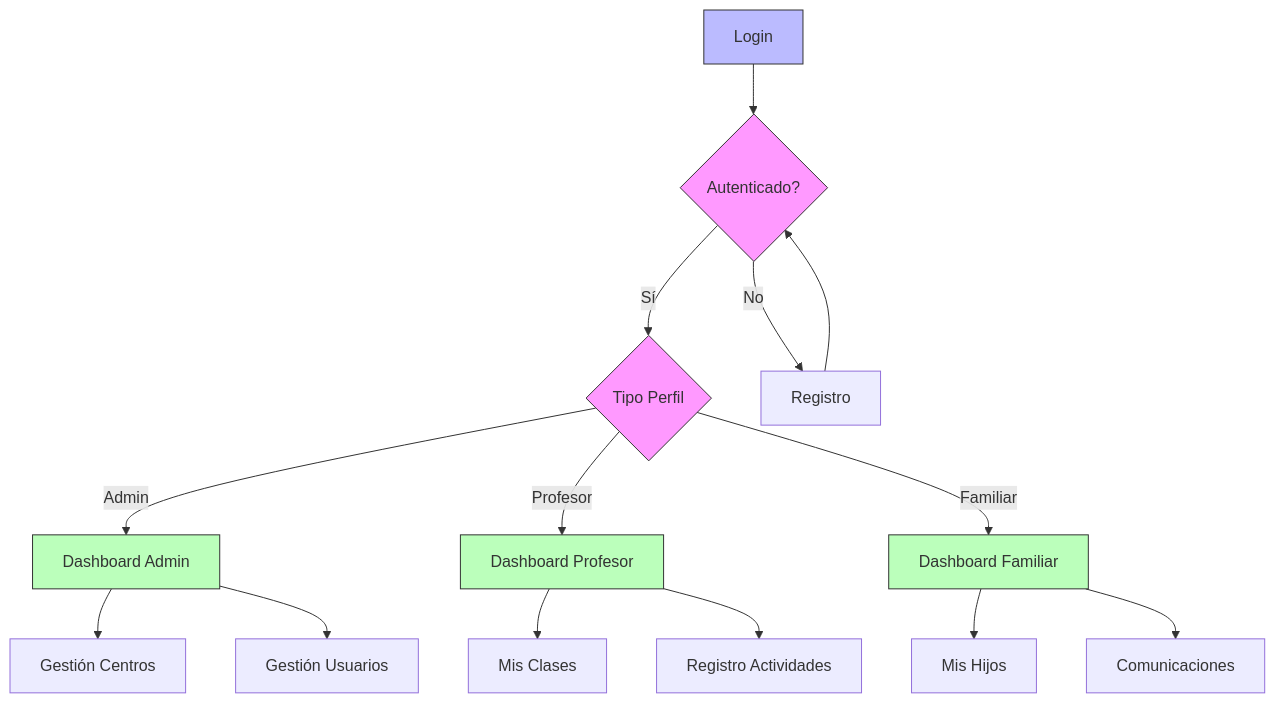
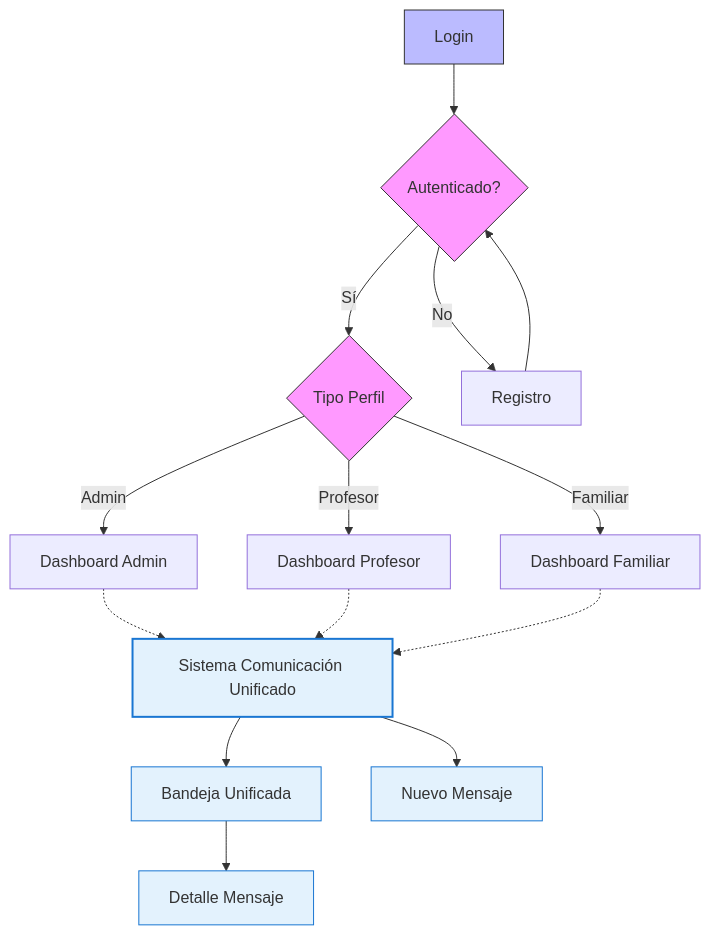
One commit to Nojabeach/UmeEgunero changed the fourth of 8 diagrams in docs/Documentacion_Tecnica.md. Above: the diagram before and after it, drawn with Mermaid. The commit also changed other lines of this file and 112 other files, not shown here.

Commit message:
feat: Añadir soporte para un nuevo canal de notificación y mejorar la gestión de registros de actividad, incluyendo nuevos campos en el modelo de alumno y actualizaciones en los repositorios

````diff
--- a/docs/Documentacion_Tecnica.md
+++ b/docs/Documentacion_Tecnica.md
@@ -325,28 +462,26 @@
 ```mermaid
 flowchart TD
     Start[Login] --> Auth{Autenticado?}
     Auth -->|Sí| Perfil{Tipo Perfil}
     Auth -->|No| Register[Registro]
     
     Register --> Auth
     
     Perfil -->|Admin| DashboardAdmin[Dashboard Admin]
     Perfil -->|Profesor| DashboardProf[Dashboard Profesor]
     Perfil -->|Familiar| DashboardFam[Dashboard Familiar]
     
-    DashboardAdmin --> GestionCentros[Gestión Centros]
-    DashboardAdmin --> GestionUsuarios[Gestión Usuarios]
+    DashboardAdmin & DashboardProf & DashboardFam -.-> UnifiedComm[Sistema Comunicación Unificado]
     
-    DashboardProf --> MisClases[Mis Clases]
-    DashboardProf --> RegistroActividades[Registro Actividades]
-    
-    DashboardFam --> MisHijos[Mis Hijos]
-    DashboardFam --> ComunicacionesProfesor[Comunicaciones]
+    UnifiedComm --> Inbox[Bandeja Unificada]
+    UnifiedComm --> NewMsg[Nuevo Mensaje]
+    Inbox --> MsgDetail[Detalle Mensaje]
     
     style Start fill:#bbf,stroke:#333,stroke-width:1px
     style Auth fill:#f9f,stroke:#333,stroke-width:1px
     style Perfil fill:#f9f,stroke:#333,stroke-width:1px
-    style DashboardAdmin fill:#bfb,stroke:#333,stroke-width:1px
-    style DashboardProf fill:#bfb,stroke:#333,stroke-width:1px
-    style DashboardFam fill:#bfb,stroke:#333,stroke-width:1px
+    style UnifiedComm fill:#E3F2FD,stroke:#1976D2,stroke-width:2px
+    style Inbox fill:#E3F2FD,stroke:#1976D2,stroke-width:1px
+    style NewMsg fill:#E3F2FD,stroke:#1976D2,stroke-width:1px
+    style MsgDetail fill:#E3F2FD,stroke:#1976D2,stroke-width:1px
 ```
````
